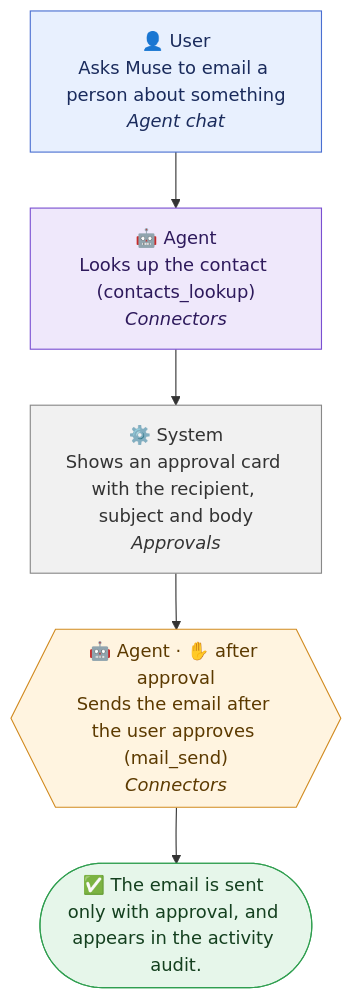
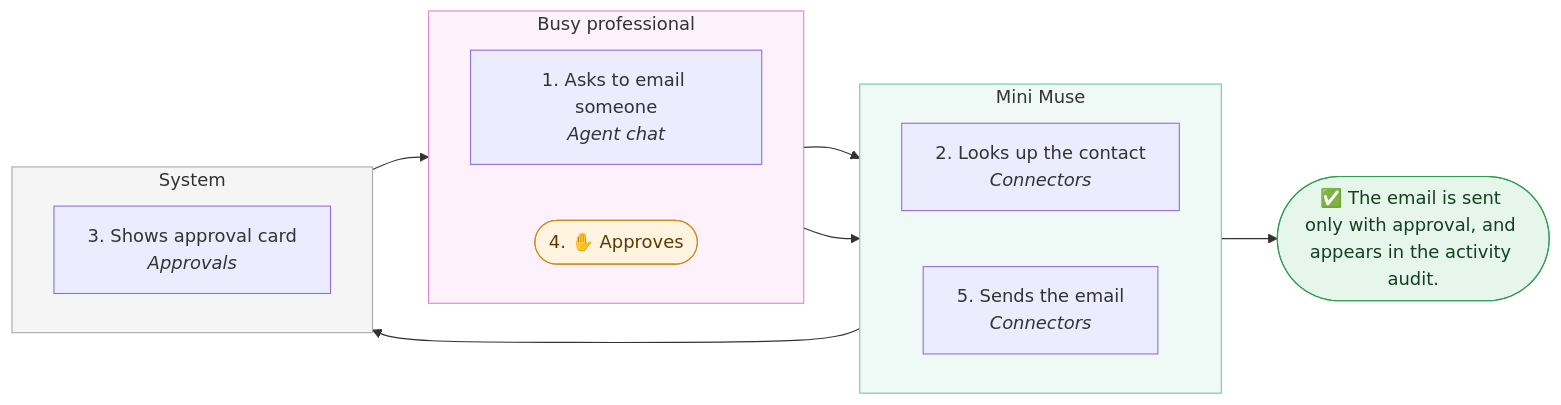
Before and after one commit to lngsa1234/mini-muse-mvp: the fifth of 6 diagrams in docs/product/baseline.md, drawn with Mermaid. The commit also changed other lines of this file and 1 other file, not shown here.

First line of the commit message:
docs: journeys as swimlanes in the product baseline (AgentForge plugin 0.4.2)

````diff
--- a/docs/product/baseline.md
+++ b/docs/product/baseline.md
@@ -218,22 +225,30 @@
 ```mermaid
-flowchart TD
-  s1["👤 User<br/>Asks Muse to email a person about something<br/><i>Agent chat</i>"]
-  class s1 user
-  s2["🤖 Agent<br/>Looks up the contact (contacts_lookup)<br/><i>Connectors</i>"]
-  class s2 agent
+flowchart LR
+  subgraph user_lane["Busy professional"]
+    direction LR
+    s1["1. Asks to email someone<br/><i>Agent chat</i>"]
+    s4(["4. ✋ Approves"])
+  end
+  subgraph agent_lane["Mini Muse"]
+    direction LR
+    s2["2. Looks up the contact<br/><i>Connectors</i>"]
+    s5["5. Sends the email<br/><i>Connectors</i>"]
+  end
+  subgraph system_lane["System"]
+    direction LR
+    s3["3. Shows approval card<br/><i>Approvals</i>"]
+  end
   s1 --> s2
-  s3["⚙️ System<br/>Shows an approval card with the recipient, subject and body<br/><i>Approvals</i>"]
-  class s3 system
   s2 --> s3
-  s4{{"🤖 Agent · ✋ after approval<br/>Sends the email after the user approves (mail_send)<br/><i>Connectors</i>"}}
-  class s4 approval
   s3 --> s4
+  s4 --> s5
   done(["✅ The email is sent only with approval, and appears in the activity audit."])
-  s4 --> done
-  class done outcome
-  classDef user fill:#e8f0fe,stroke:#4a6fd1,color:#1a2b5c
-  classDef agent fill:#efe8fb,stroke:#7a4fd1,color:#2e1a5c
-  classDef system fill:#f1f1f1,stroke:#888,color:#333
+  s5 --> done
   classDef approval fill:#fff4e0,stroke:#d18a1f,color:#5c3a00
   classDef outcome fill:#e6f6ea,stroke:#2f9e4f,color:#14401f
+  style user_lane fill:#fdf2fb,stroke:#d58ad0
+  style agent_lane fill:#effaf7,stroke:#6cc9b4
+  style system_lane fill:#f5f5f5,stroke:#aaa
+  class s4 approval
+  class done outcome
 ```
````
